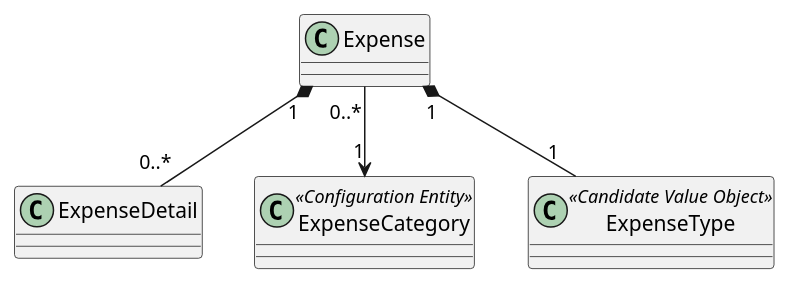
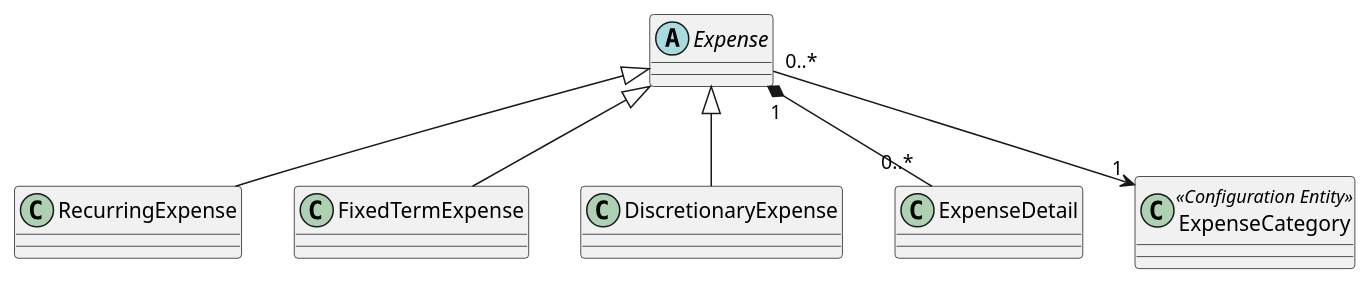
The diagram in docs/architecture/domain-model/entities/expense.md (victorarellano/beridian), drawn with PlantUML before and after one commit. The commit also changed other lines of this file and 70 other files, not shown here.

````diff
--- a/docs/architecture/domain-model/entities/expense.md
+++ b/docs/architecture/domain-model/entities/expense.md
@@ -114,16 +116,20 @@
 ```plantuml
 @startuml
 
 skinparam classAttributeIconSize 0
 
-class Expense
+abstract class Expense
+class RecurringExpense
+class FixedTermExpense
+class DiscretionaryExpense
 class ExpenseDetail
 class ExpenseCategory <<Configuration Entity>>
-class ExpenseType <<Candidate Value Object>>
 
+Expense <|-- RecurringExpense
+Expense <|-- FixedTermExpense
+Expense <|-- DiscretionaryExpense
 Expense "1" *-- "0..*" ExpenseDetail
 Expense "0..*" --> "1" ExpenseCategory
-Expense "1" *-- "1" ExpenseType
 
 @enduml
 ```
````
